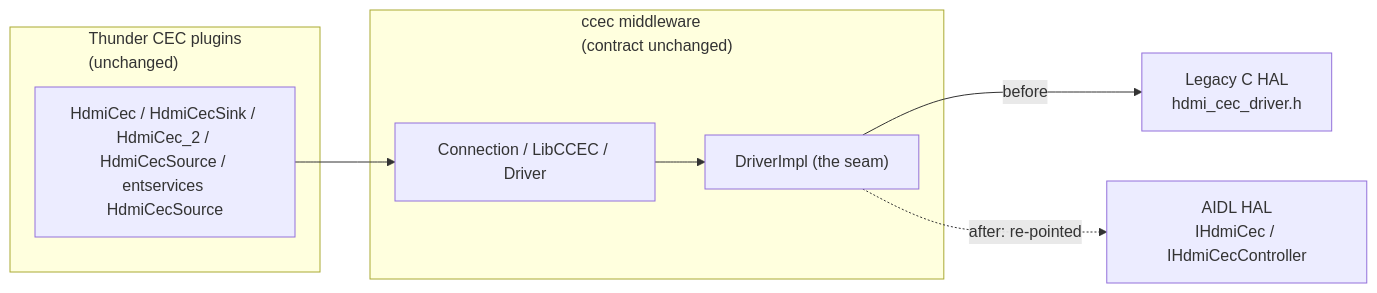
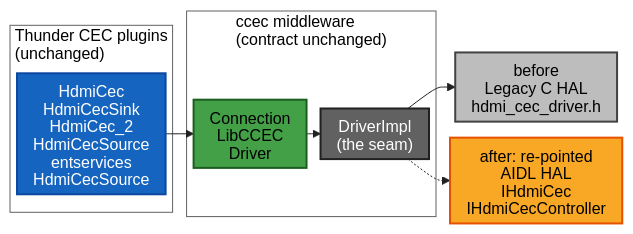
The first of 3 diagrams in hdmicec/current/docs/migration_mapping.md (Blitzy-Sky/rdk-halif-aidl), drawn with Mermaid before and after one commit. The commit also changed other lines of this file, not shown here.

````diff
--- a/hdmicec/current/docs/migration_mapping.md
+++ b/hdmicec/current/docs/migration_mapping.md
@@ -69,16 +69,29 @@
 ```mermaid
-%%{init: {"flowchart": {"subGraphTitleMargin": {"top": 0, "bottom": 25}}}}%%
+%%{init: {"theme":"default","htmlLabels":false,"themeVariables":{"textColor":"#000000","clusterBkg":"#FFFFFF","clusterBorder":"#616161","lineColor":"#212121"},"flowchart":{"htmlLabels":false,"nodeSpacing":16,"rankSpacing":14,"padding":8,"subGraphTitleMargin":{"top":0,"bottom":30},"diagramPadding":4}}}%%
 flowchart LR
     subgraph PLUGINS["Thunder CEC plugins<br/>(unchanged)"]
-        P["HdmiCec / HdmiCecSink / HdmiCec_2 / HdmiCecSource / entservices HdmiCecSource"]
+        P["HdmiCec<br/>HdmiCecSink<br/>HdmiCec_2<br/>HdmiCecSource<br/>entservices<br/>HdmiCecSource"]
     end
     subgraph CCEC["ccec middleware<br/>(contract unchanged)"]
-        CONN["Connection / LibCCEC / Driver"]
-        DRV["DriverImpl (the seam)"]
+        CONN["Connection<br/>LibCCEC<br/>Driver"]
+        DRV["DriverImpl<br/>(the seam)"]
     end
-    OLD["Legacy C HAL<br/>hdmi_cec_driver.h"]
-    NEW["AIDL HAL<br/>IHdmiCec / IHdmiCecController"]
+    OLD["before<br/>Legacy C HAL<br/>hdmi_cec_driver.h"]
+    NEW["after: re-pointed<br/>AIDL HAL<br/>IHdmiCec<br/>IHdmiCecController"]
     P --> CONN --> DRV
-    DRV -->|before| OLD
-    DRV -.->|after: re-pointed| NEW
+    DRV --> OLD
+    DRV -.-> NEW
+    classDef plugin fill:#1565C0,stroke:#0D47A1,stroke-width:2px,color:#FFFFFF;
+    classDef mw fill:#43A047,stroke:#1B5E20,stroke-width:2px,color:#000000;
+    classDef seam fill:#616161,stroke:#212121,stroke-width:2px,color:#FFFFFF;
+    classDef legacy fill:#BDBDBD,stroke:#424242,stroke-width:2px,color:#000000;
+    classDef aidl fill:#F9A825,stroke:#E65100,stroke-width:2px,color:#000000;
+    classDef group fill:#FFFFFF,stroke:#616161,stroke-width:1px,color:#000000;
+    P:::plugin
+    CONN:::mw
+    DRV:::seam
+    OLD:::legacy
+    NEW:::aidl
+    PLUGINS:::group
+    CCEC:::group
 ```
````
